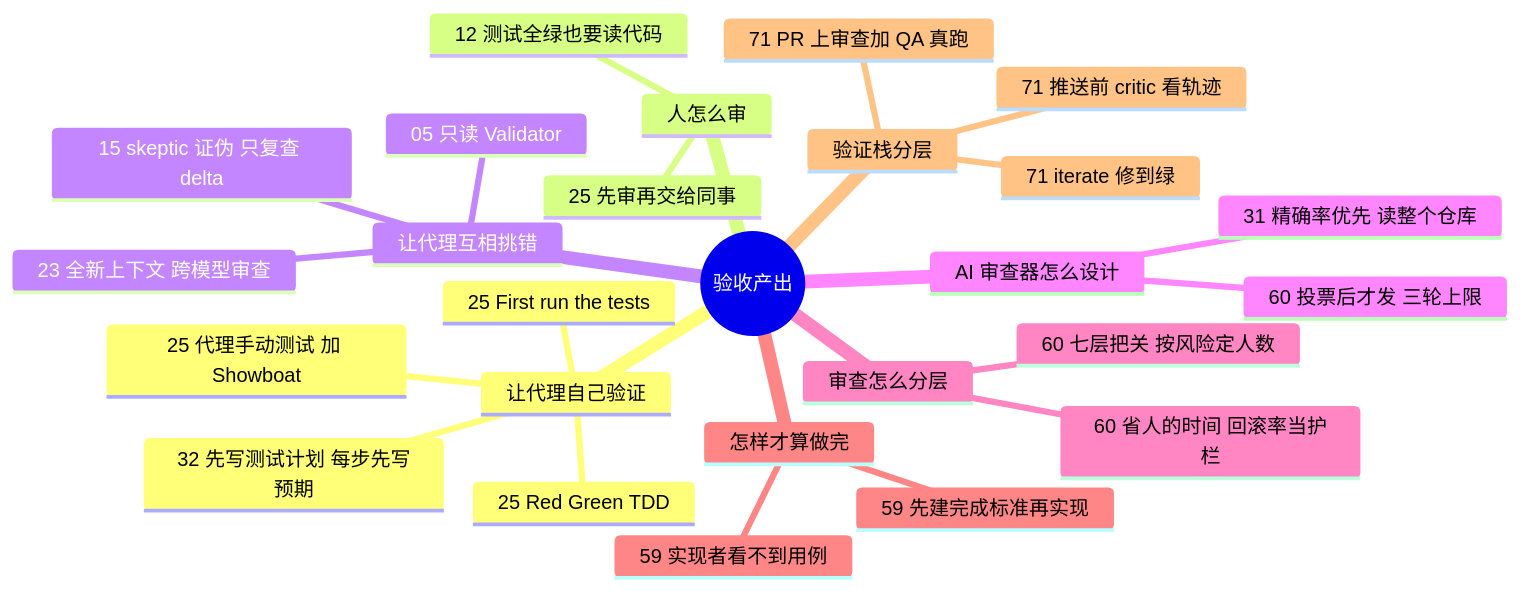
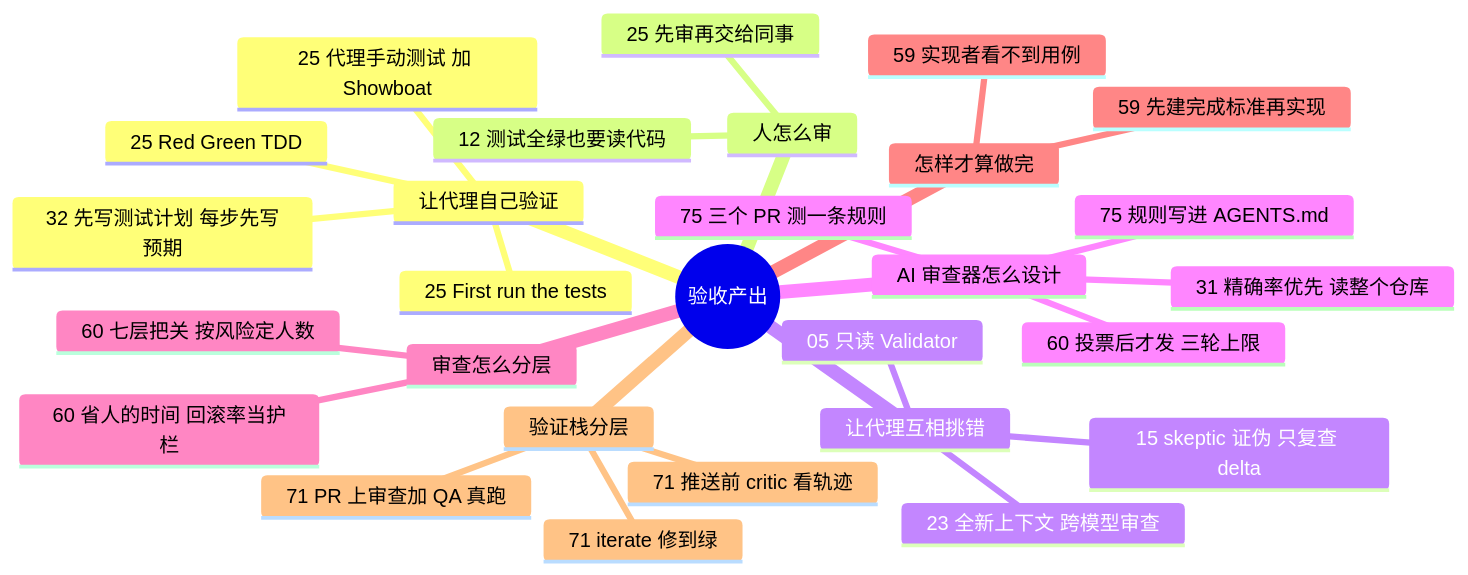
Before and after one commit to yzw7489757/ai-coding-videos: the diagram in docs/guide/review.md, drawn with Mermaid. The commit also changed other lines of this file and 21 other files, not shown here.

````diff
--- a/docs/guide/review.md
+++ b/docs/guide/review.md
@@ -15,29 +15,31 @@
 ```mermaid
 mindmap
   root((验收产出))
     让代理自己验证
       25 Red Green TDD
       25 First run the tests
       25 代理手动测试 加 Showboat
       32 先写测试计划 每步先写预期
     人怎么审
       12 测试全绿也要读代码
       25 先审再交给同事
     让代理互相挑错
       15 skeptic 证伪 只复查 delta
       05 只读 Validator
       23 全新上下文 跨模型审查
     AI 审查器怎么设计
       31 精确率优先 读整个仓库
       60 投票后才发 三轮上限
+      75 规则写进 AGENTS.md
+      75 三个 PR 测一条规则
     审查怎么分层
       60 七层把关 按风险定人数
       60 省人的时间 回滚率当护栏
     怎样才算做完
       59 先建完成标准再实现
       59 实现者看不到用例
     验证栈分层
       71 推送前 critic 看轨迹
       71 PR 上审查加 QA 真跑
       71 iterate 修到绿
 ```
````
